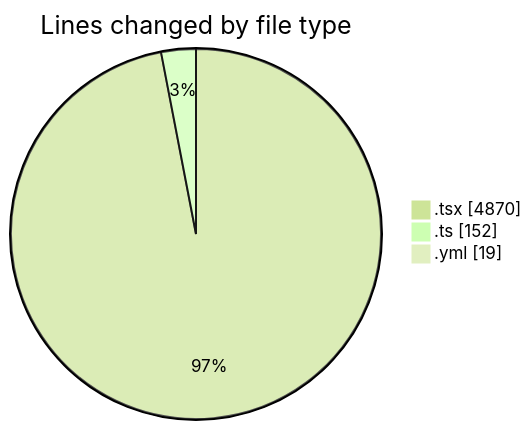
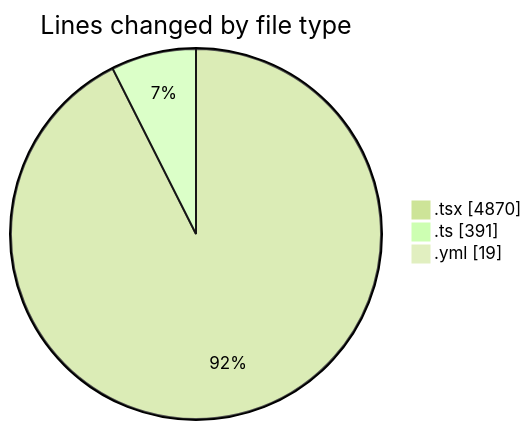
Before and after one commit to julien-gomy/code-tracking: the first of 2 diagrams in 2025-11-18/eventscop-frontend-guide__workspace_/README.md, drawn with Mermaid (forest theme). The commit also changed other lines of this file and 1 other file, not shown here.

````diff
--- a/2025-11-18/eventscop-frontend-guide__workspace_/README.md
+++ b/2025-11-18/eventscop-frontend-guide__workspace_/README.md
@@ -57,7 +60,7 @@
 ```mermaid
 pie showData
 title Lines changed by file type
 ".tsx" : 4870
-".ts" : 152
+".ts" : 391
 ".yml" : 19
 ```
````
